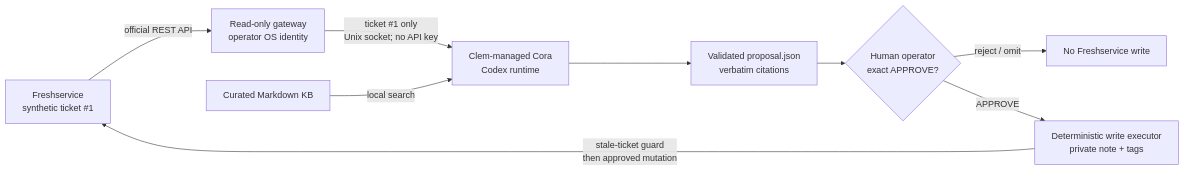
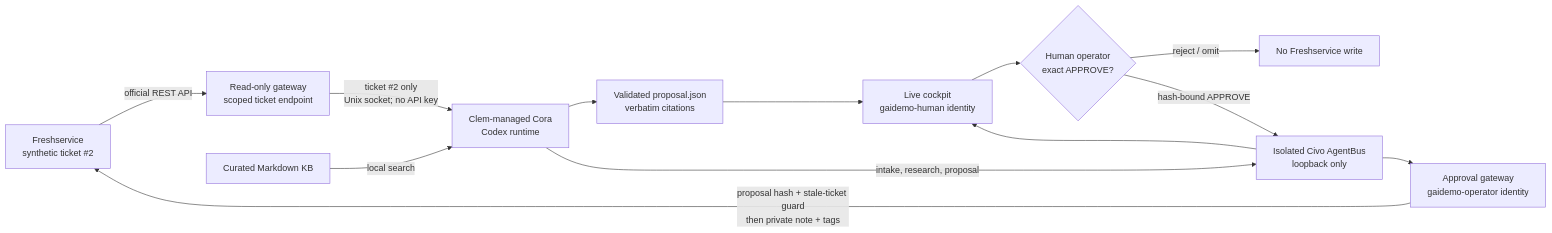
The diagram in docs/architecture.md (jahwag/general-ai-agent-demo), drawn with Mermaid before and after one commit. The commit also changed other lines of this file and 17 other files, not shown here.

Commit message:
Build live AgentBus approval demo

````diff
--- a/docs/architecture.md
+++ b/docs/architecture.md
@@ -3,19 +3,25 @@
 ```mermaid
 flowchart LR
-    FS[Freshservice\nsynthetic ticket #1]
-    GW[Read-only gateway\noperator OS identity]
+    FS[Freshservice\nsynthetic ticket #2]
+    RG[Read-only gateway\nscoped ticket endpoint]
     C[Clem-managed Cora\nCodex runtime]
     KB[Curated Markdown KB]
     P[Validated proposal.json\nverbatim citations]
+    AB[Isolated Civo AgentBus\nloopback only]
+    UI[Live cockpit\ngaidemo-human identity]
     H{Human operator\nexact APPROVE?}
-    W[Deterministic write executor\nprivate note + tags]
+    W[Approval gateway\ngaidemo-operator identity]
 
-    FS -->|official REST API| GW
-    GW -->|ticket #1 only\nUnix socket; no API key| C
+    FS -->|official REST API| RG
+    RG -->|ticket #2 only\nUnix socket; no API key| C
     KB -->|local search| C
     C --> P
-    P --> H
+    C -->|intake, research, proposal| AB
+    AB --> UI
+    P --> UI
+    UI --> H
     H -->|reject / omit| X[No Freshservice write]
-    H -->|APPROVE| W
-    W -->|stale-ticket guard\nthen approved mutation| FS
+    H -->|hash-bound APPROVE| AB
+    AB --> W
+    W -->|proposal hash + stale-ticket guard\nthen private note + tags| FS
 ```
````
